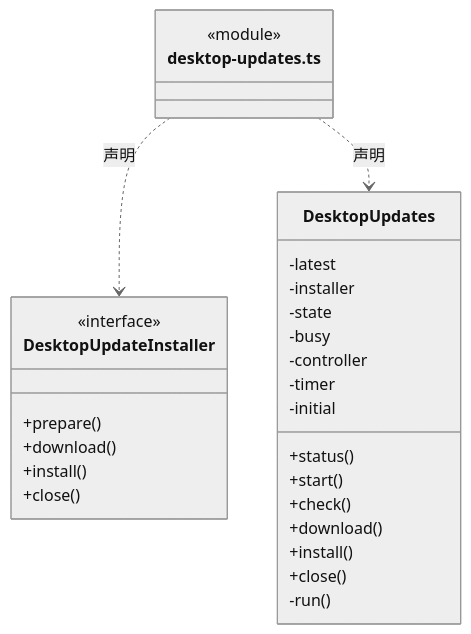
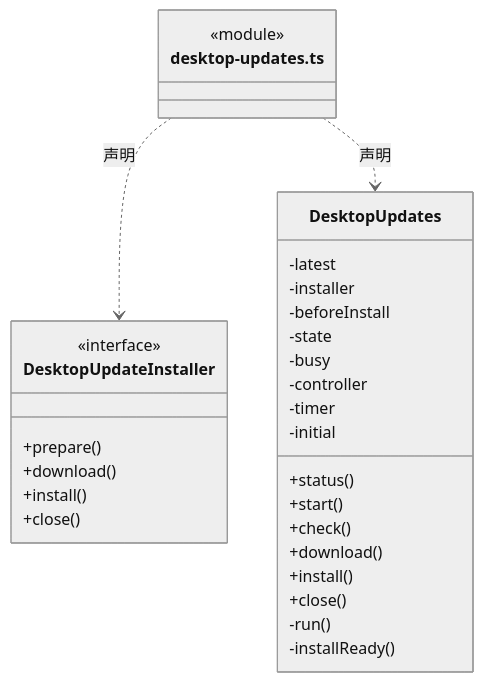
One commit to nan023062/cbim changed the second of 7 diagrams in src/backend/updater/ARCHITECTURE.md. Above: the diagram before and after it, drawn with Mermaid (neutral theme). The commit also changed other lines of this file and 39 other files, not shown here.

````diff
--- a/src/backend/updater/ARCHITECTURE.md
+++ b/src/backend/updater/ARCHITECTURE.md
@@ -39,31 +39,33 @@
 ```mermaid
 classDiagram
 class N_src_backend_updater_desktop_updates_ts["desktop-updates.ts"] {
   <<module>>
 }
 class N_src_backend_updater_desktop_updates_ts_DesktopUpdateInstaller["DesktopUpdateInstaller"] {
   <<interface>>
   +prepare()
   +download()
   +install()
   +close()
 }
 N_src_backend_updater_desktop_updates_ts ..> N_src_backend_updater_desktop_updates_ts_DesktopUpdateInstaller : 声明
 class N_src_backend_updater_desktop_updates_ts_DesktopUpdates["DesktopUpdates"] {
   +status()
   +start()
   +check()
   +download()
   +install()
   +close()
   -latest
   -installer
+  -beforeInstall
   -state
   -busy
   -controller
   -timer
   -initial
   -run()
+  -installReady()
 }
 N_src_backend_updater_desktop_updates_ts ..> N_src_backend_updater_desktop_updates_ts_DesktopUpdates : 声明
 ```
````
